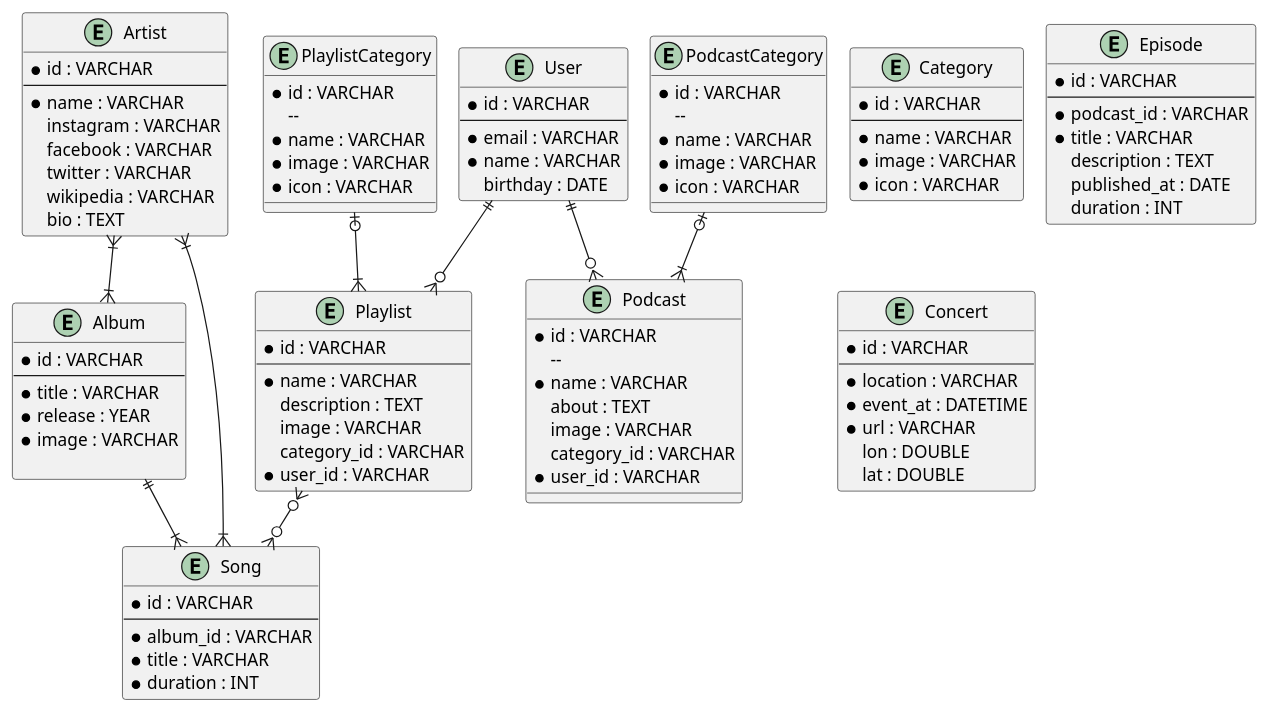
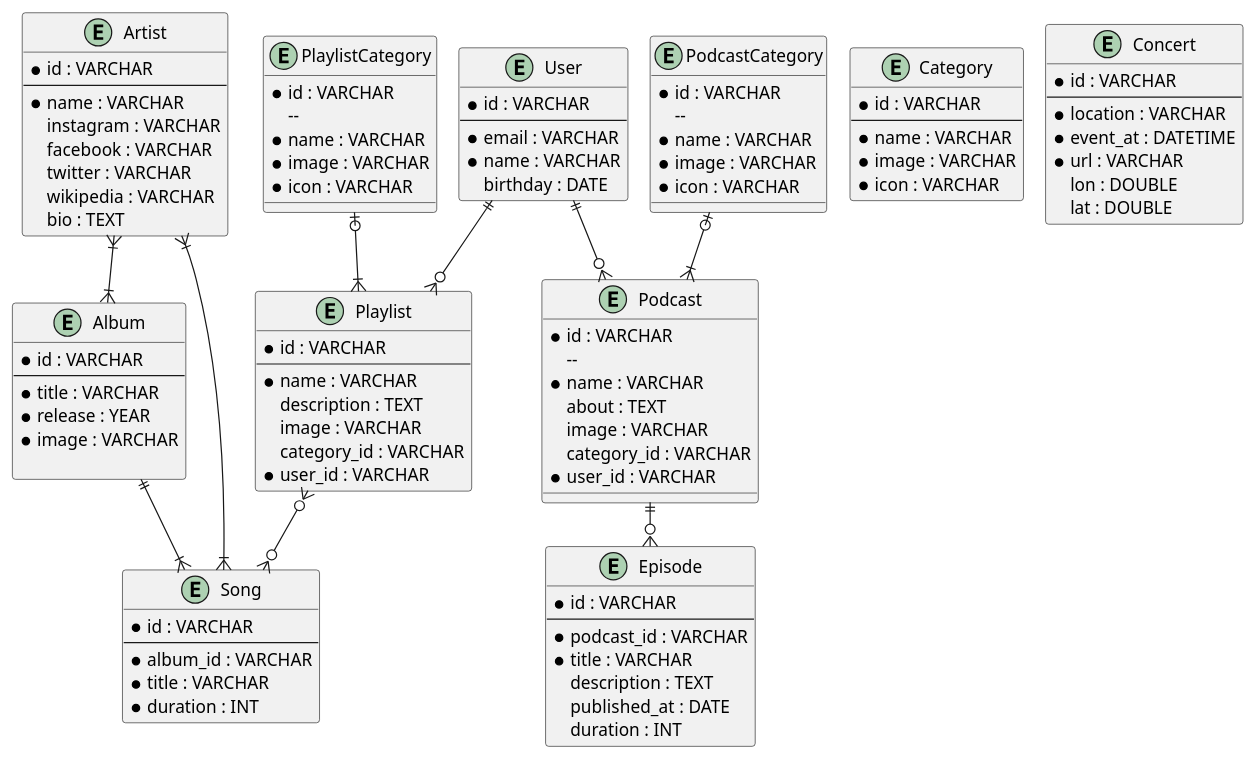
The diagram in spotify.puml (fkresna23/database-design-spotify), drawn with PlantUML before and after one commit.

Commit message:
Relasi Entity Episode

```diff
--- a/spotify.puml
+++ b/spotify.puml
@@ -1,114 +1,117 @@
 @startuml
 !pragma layout smetana
 entity Artist {
     * id : VARCHAR
     --
     * name : VARCHAR
     instagram : VARCHAR
     facebook : VARCHAR
     twitter : VARCHAR
     wikipedia : VARCHAR
     bio : TEXT
 }
 
 entity Album {
     * id : VARCHAR
     --
     * title : VARCHAR
     * release : YEAR
     * image : VARCHAR
 
 }
 
 entity Song {
     * id : VARCHAR
     --
     * album_id : VARCHAR
     * title : VARCHAR
     * duration : INT
 }
 
 entity Category {
     * id : VARCHAR
     --
     * name : VARCHAR
     * image : VARCHAR
     * icon : VARCHAR
 }
 
 entity Playlist {
     * id : VARCHAR
     --
     * name : VARCHAR
     description : TEXT
     image : VARCHAR
     category_id : VARCHAR
     * user_id : VARCHAR
 }
 
 entity PlaylistCategory {
      * id : VARCHAR
         --
      * name : VARCHAR
      * image : VARCHAR
      * icon : VARCHAR
 }
 
 entity PodcastCategory {
      * id : VARCHAR
         --
      * name : VARCHAR
      * image : VARCHAR
      * icon : VARCHAR
 }
 
 entity Podcast {
     * id : VARCHAR
         --
     * name : VARCHAR
     about : TEXT
     image : VARCHAR
     category_id : VARCHAR
     * user_id : VARCHAR
 }
 
 entity Episode {
     * id : VARCHAR
     --
     * podcast_id : VARCHAR
     * title : VARCHAR
     description : TEXT
     published_at : DATE
     duration : INT
 }
 
 entity User {
     * id : VARCHAR
     --
     * email : VARCHAR
     * name : VARCHAR
     birthday : DATE
 }
 
 entity Concert {
     * id : VARCHAR
     --
     * location : VARCHAR
     * event_at : DATETIME
     * url : VARCHAR
     lon : DOUBLE
     lat : DOUBLE
 }
 
 Artist }|--|{ Album
 
 Album ||--|{ Song
 Artist }|--|{ Song
 
 PlaylistCategory |o--|{ Playlist
 User ||--o{ Playlist
 Playlist }o--o{ Song
 
 PodcastCategory |o--|{ Podcast
 User ||--o{ Podcast
+
+Podcast ||--o{ Episode
+
 @enduml
```
